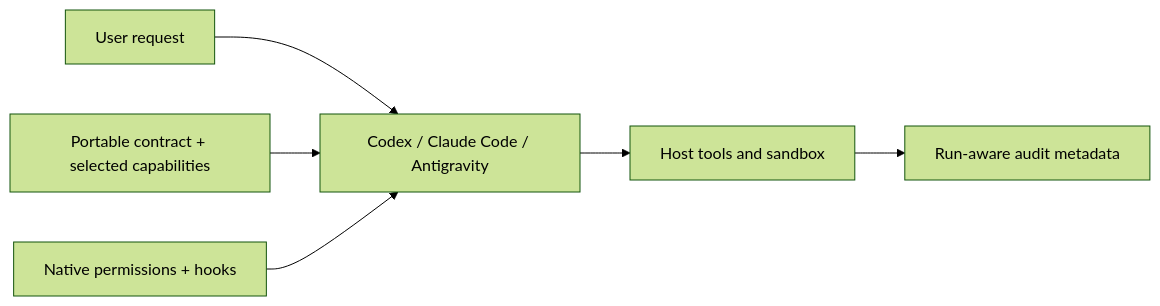
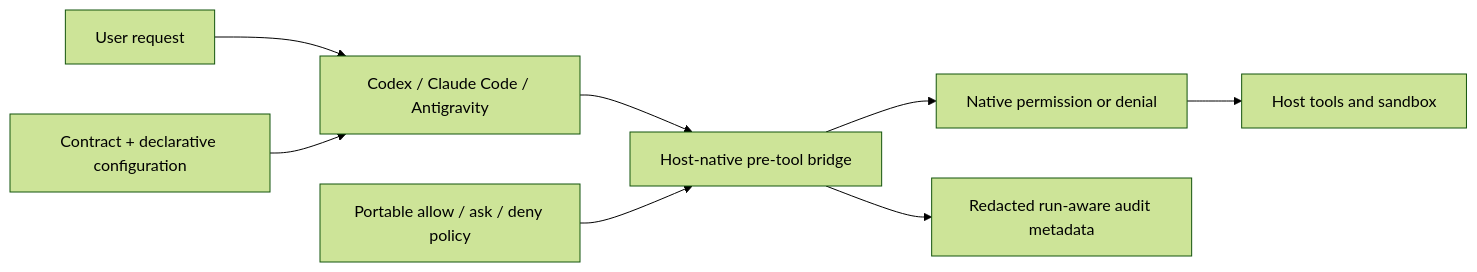
The diagram in README.md (qelu/agent-template), drawn with Mermaid (forest theme) before and after one commit. The commit also changed other lines of this file and 10 other files, not shown here.

First line of the commit message:
Align documentation with the host-native policy (#19)

````diff
--- a/README.md
+++ b/README.md
@@ -31,8 +31,10 @@
 ```mermaid
 flowchart LR
     U["User request"] --> H["Codex / Claude Code / Antigravity"]
-    C["Portable contract + selected capabilities"] --> H
-    N["Native permissions + hooks"] --> H
-    H --> T["Host tools and sandbox"]
-    T --> A["Run-aware audit metadata"]
+    C["Contract + declarative configuration"] --> H
+    H --> G["Host-native pre-tool bridge"]
+    P["Portable allow / ask / deny policy"] --> G
+    G --> N["Native permission or denial"]
+    N --> T["Host tools and sandbox"]
+    G --> A["Redacted run-aware audit metadata"]
 ```
````
